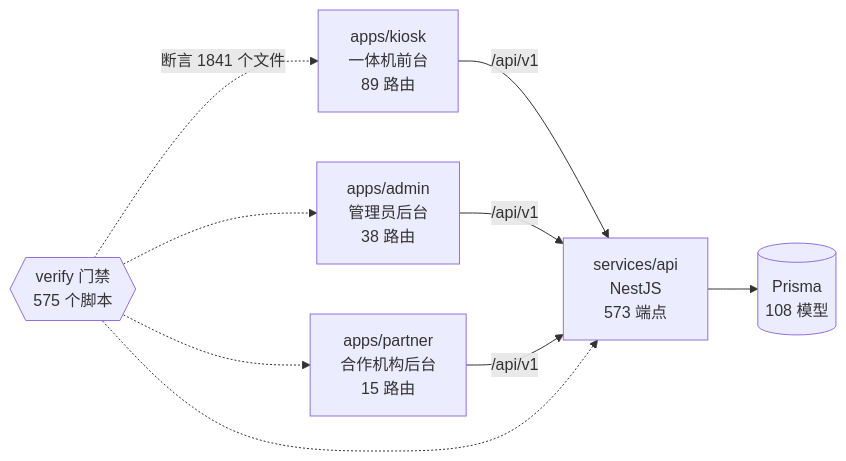
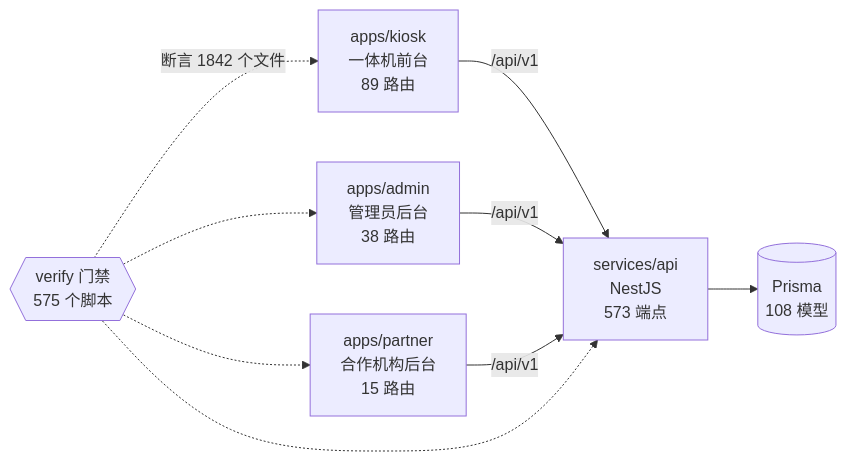
Before and after one commit to wanglei581/YITIJI: the diagram in docs/graph/README.md, drawn with Mermaid. The commit also changed other lines of this file and 4 other files, not shown here.

````diff
--- a/docs/graph/README.md
+++ b/docs/graph/README.md
@@ -68,18 +68,18 @@
 ```mermaid
 flowchart LR
   kiosk["apps/kiosk<br/>一体机前台<br/>89 路由"]
   admin["apps/admin<br/>管理员后台<br/>38 路由"]
   partner["apps/partner<br/>合作机构后台<br/>15 路由"]
   api["services/api<br/>NestJS<br/>573 端点"]
   db[("Prisma<br/>108 模型")]
   gates{{"verify 门禁<br/>575 个脚本"}}
 
   kiosk -->|"/api/v1"| api
   admin -->|"/api/v1"| api
   partner -->|"/api/v1"| api
   api --> db
-  gates -.->|"断言 1841 个文件"| kiosk
+  gates -.->|"断言 1842 个文件"| kiosk
   gates -.-> admin
   gates -.-> partner
   gates -.-> api
 ```
````
